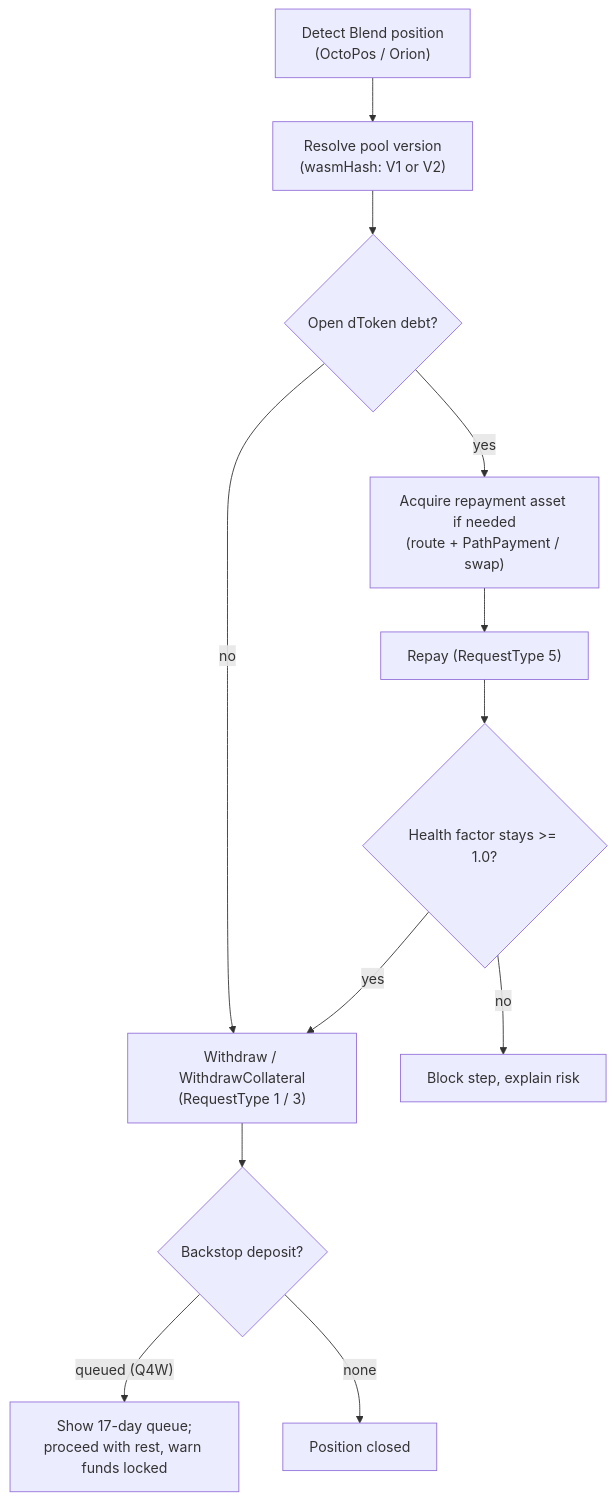
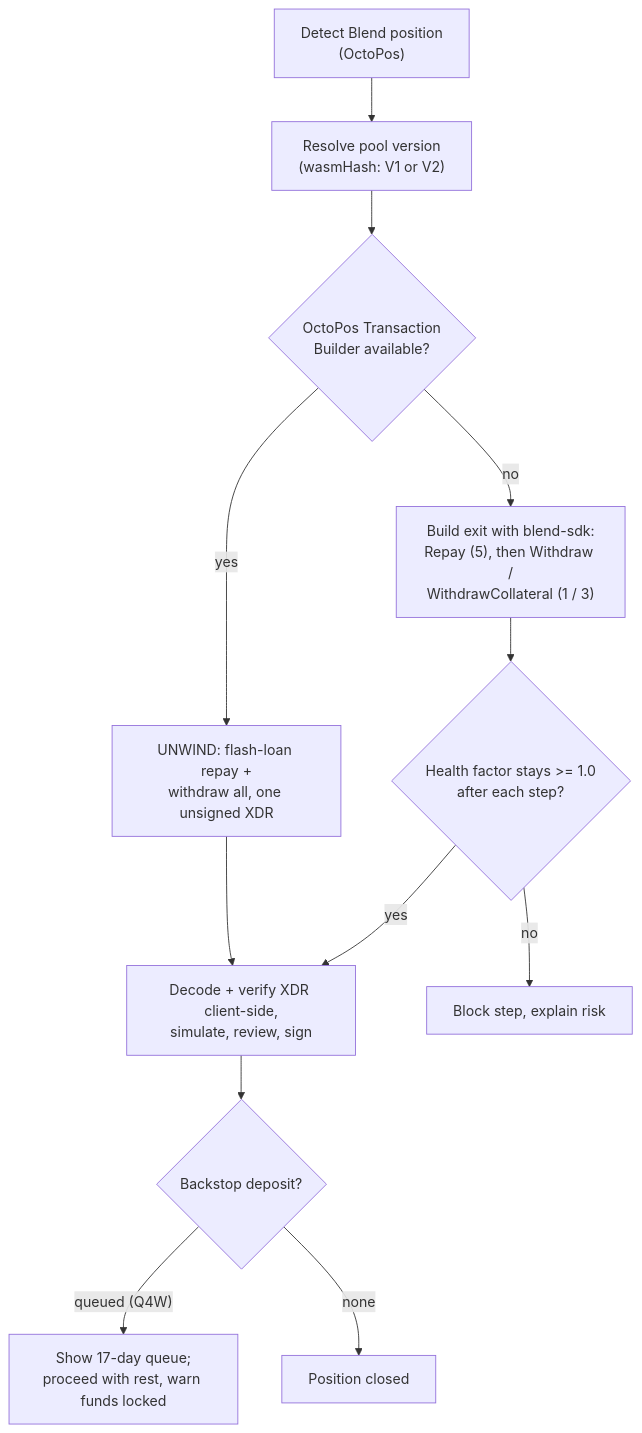
One commit to OscarGauss/lumenwipe changed the seventh of 9 diagrams in docs/architecture.md. Above: the diagram before and after it, drawn with Mermaid. The commit also changed other lines of this file and 8 other files, not shown here.

````diff
--- a/docs/architecture.md
+++ b/docs/architecture.md
@@ -358,14 +388,14 @@
 ```mermaid
 flowchart TD
-    detect["Detect Blend position<br/>(OctoPos / Orion)"] --> ver["Resolve pool version<br/>(wasmHash: V1 or V2)"]
-    ver --> hasdebt{"Open dToken debt?"}
-    hasdebt -->|"yes"| acquire["Acquire repayment asset if needed<br/>(route + PathPayment / swap)"]
-    acquire --> repay["Repay (RequestType 5)"]
-    hasdebt -->|"no"| withdraw
-    repay --> hf{"Health factor stays >= 1.0?"}
-    hf -->|"yes"| withdraw["Withdraw / WithdrawCollateral<br/>(RequestType 1 / 3)"]
+    detect["Detect Blend position<br/>(OctoPos)"] --> ver["Resolve pool version<br/>(wasmHash: V1 or V2)"]
+    ver --> txb{"OctoPos Transaction<br/>Builder available?"}
+    txb -->|"yes"| unwind["UNWIND: flash-loan repay +<br/>withdraw all, one unsigned XDR"]
+    unwind --> verify["Decode + verify XDR client-side,<br/>simulate, review, sign"]
+    txb -->|"no"| manual["Build exit with blend-sdk:<br/>Repay (5), then Withdraw /<br/>WithdrawCollateral (1 / 3)"]
+    manual --> hf{"Health factor stays >= 1.0<br/>after each step?"}
+    hf -->|"yes"| verify
     hf -->|"no"| block["Block step, explain risk"]
-    withdraw --> backstop{"Backstop deposit?"}
+    verify --> backstop{"Backstop deposit?"}
     backstop -->|"queued (Q4W)"| wait["Show 17-day queue;<br/>proceed with rest, warn funds locked"]
     backstop -->|"none"| done["Position closed"]
 ```
````
